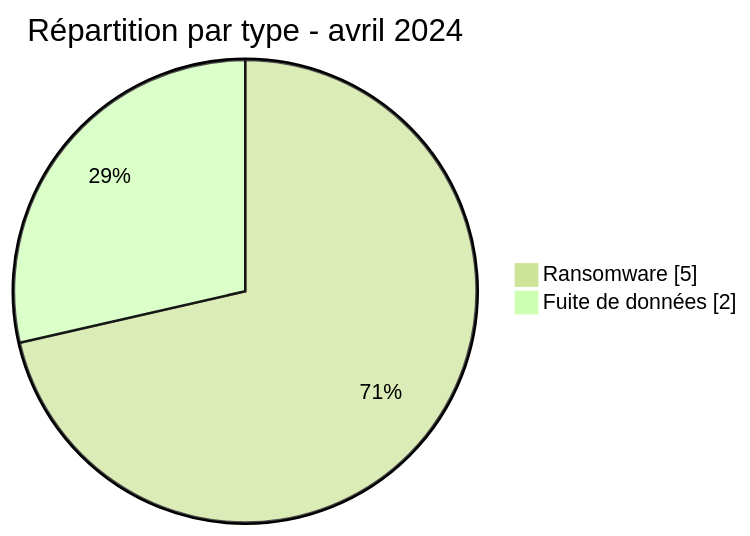
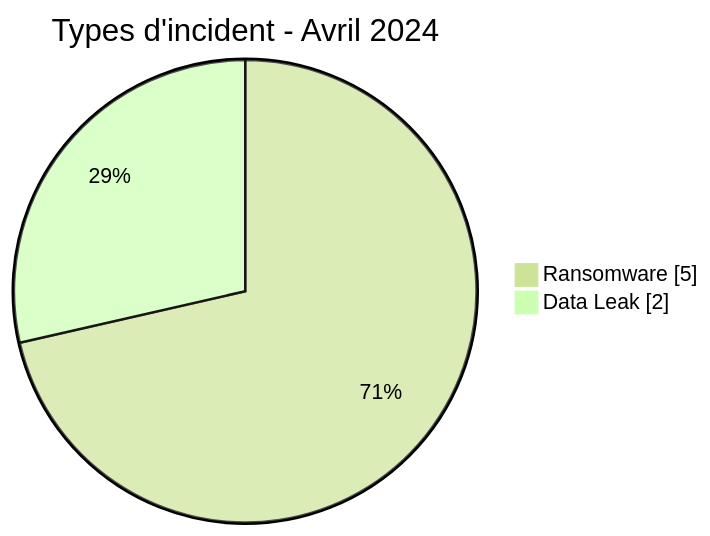
The first of 3 diagrams in CyberAttackAfrica/2024/04-april/README_FR.md (Hatchepsoute/AFRINTEL), drawn with Mermaid (forest theme) before and after one commit. The commit also changed other lines of this file and 60 other files, not shown here.

````diff
--- a/CyberAttackAfrica/2024/04-april/README_FR.md
+++ b/CyberAttackAfrica/2024/04-april/README_FR.md
@@ -53,6 +53,6 @@
 ```mermaid
 pie showData
-    title Répartition par type - avril 2024
+    title Types d'incident - Avril 2024
     "Ransomware" : 5
-    "Fuite de données" : 2
+    "Data Leak" : 2
 ```
````
